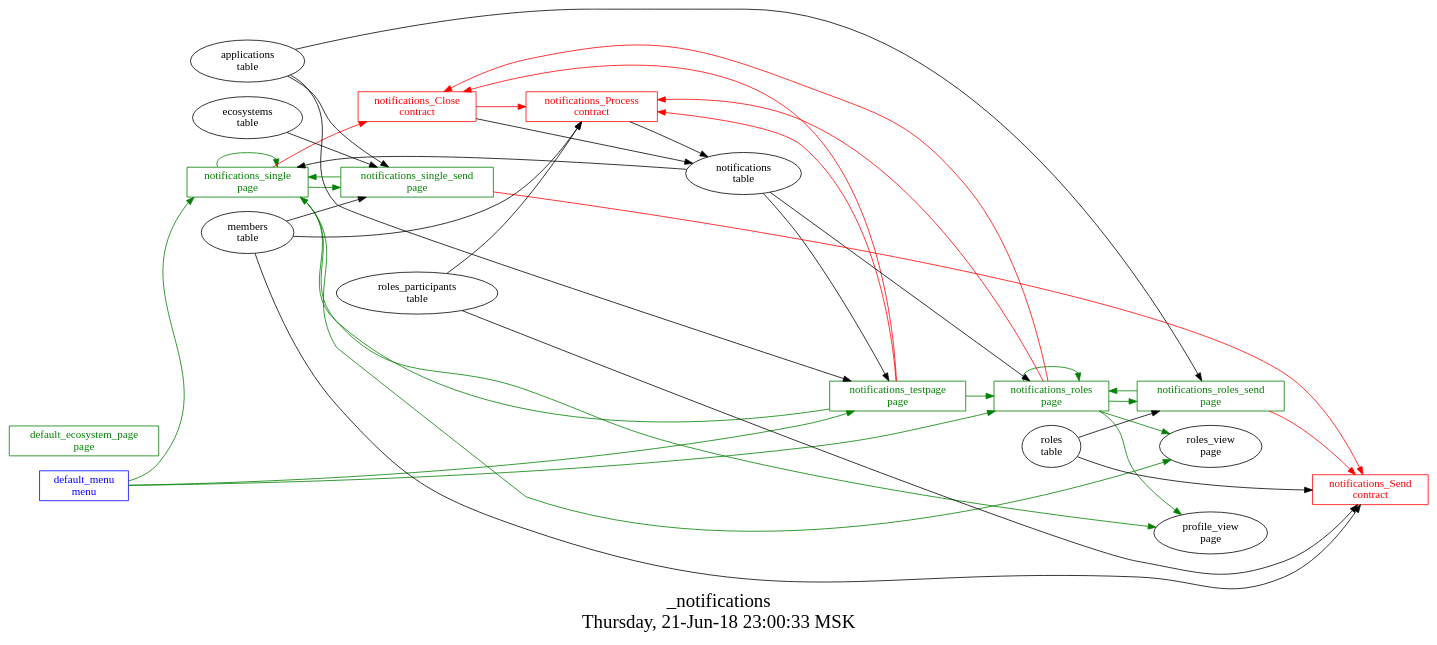
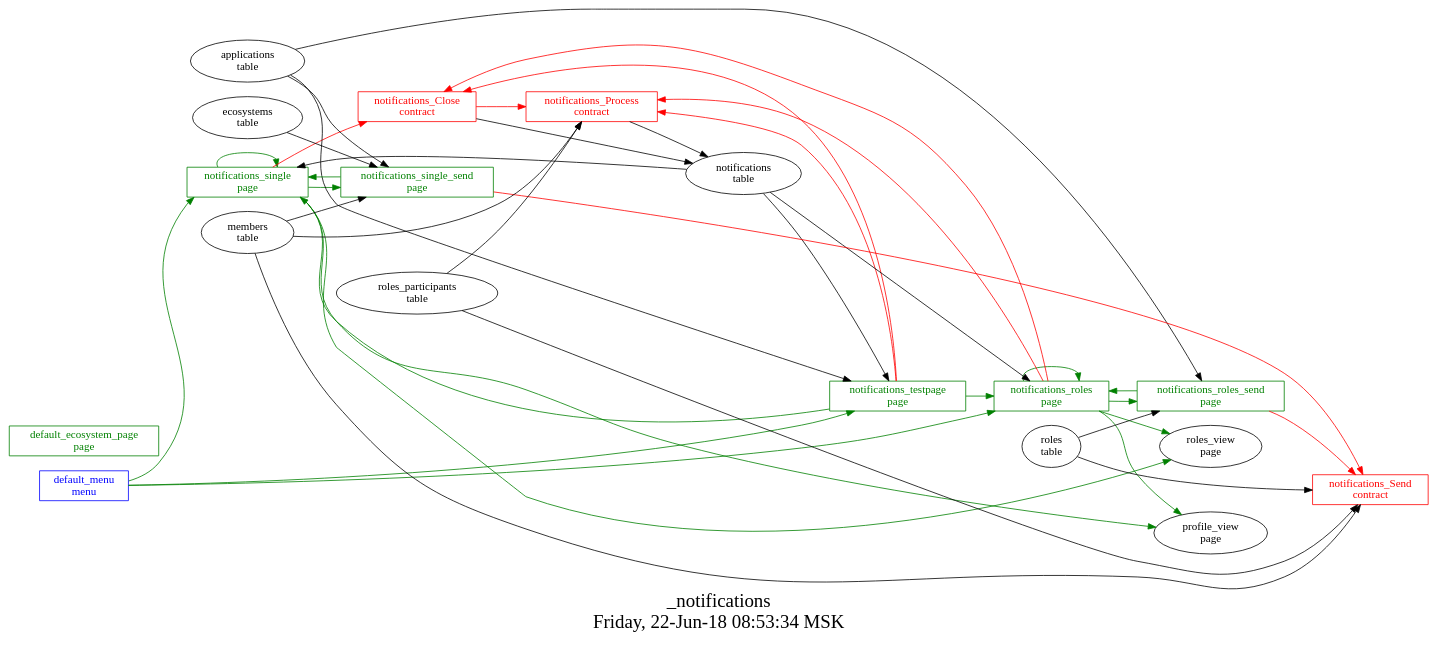
One commit to AplaProject/apps changed the diagram in src/_notifications/struct.dot. Above: the diagram before and after it, drawn with Graphviz. The commit also changed 7 other files, not shown here.

```diff
--- a/src/_notifications/struct.dot
+++ b/src/_notifications/struct.dot
@@ -1,59 +1,59 @@
 digraph G {
 graph [
   fontsize="24";
-  label="_notifications\nThursday, 21-Jun-18 23:00:33 MSK";
+  label="_notifications\nFriday, 22-Jun-18 08:53:34 MSK";
   nojustify=true;
   ordering=out;
   rankdir=LR;
   size="30";
 ];
 "default_menu\nmenu" -> "notifications_single\npage"  [ color=green ]
 "default_menu\nmenu" -> "notifications_roles\npage"  [ color=green ]
 "default_menu\nmenu" -> "notifications_testpage\npage"  [ color=green ]
 "default_menu\nmenu" [color=blue, fontcolor=blue, group=menus, shape=record];
 "default_ecosystem_page\npage" [color=green, fontcolor=green, group=pages, shape=record];
 "notifications_roles\npage" -> "notifications_Process\ncontract"  [ color=red ]
 "notifications_roles\npage" -> "notifications_Close\ncontract"  [ color=red ]
 "notifications\ntable" -> "notifications_roles\npage"
 "notifications_roles\npage" -> "notifications_roles_send\npage"  [ color=green ]
 "notifications_roles\npage" -> "roles_view\npage"  [ color=green ]
 "notifications_roles\npage" -> "profile_view\npage"  [ color=green ]
 "notifications_roles\npage" -> "notifications_roles\npage"  [ color=green ]
 "notifications_roles\npage" [color=green, fontcolor=green, group=pages, shape=record];
 "notifications_roles_send\npage" -> "notifications_Send\ncontract"  [ color=red ]
 "applications\ntable" -> "notifications_roles_send\npage"
 "roles\ntable" -> "notifications_roles_send\npage"
 "notifications_roles_send\npage" -> "notifications_roles\npage"  [ color=green ]
 "notifications_roles_send\npage" [color=green, fontcolor=green, group=pages, shape=record];
 "notifications_single\npage" -> "notifications_Close\ncontract"  [ color=red ]
 "notifications\ntable" -> "notifications_single\npage"
 "notifications_single\npage" -> "notifications_single_send\npage"  [ color=green ]
 "notifications_single\npage" -> "profile_view\npage"  [ color=green ]
 "notifications_single\npage" -> "roles_view\npage"  [ color=green ]
 "notifications_single\npage" -> "notifications_single\npage"  [ color=green ]
 "notifications_single\npage" [color=green, fontcolor=green, group=pages, shape=record];
 "notifications_single_send\npage" -> "notifications_Send\ncontract"  [ color=red ]
 "applications\ntable" -> "notifications_single_send\npage"
 "members\ntable" -> "notifications_single_send\npage"
 "ecosystems\ntable" -> "notifications_single_send\npage"
 "notifications_single_send\npage" -> "notifications_single\npage"  [ color=green ]
 "notifications_single_send\npage" [color=green, fontcolor=green, group=pages, shape=record];
 "notifications_testpage\npage" -> "notifications_Close\ncontract"  [ color=red ]
 "notifications_testpage\npage" -> "notifications_Process\ncontract"  [ color=red ]
 "applications\ntable" -> "notifications_testpage\npage"
 "notifications\ntable" -> "notifications_testpage\npage"
 "notifications_testpage\npage" -> "notifications_single\npage"  [ color=green ]
 "notifications_testpage\npage" -> "notifications_roles\npage"  [ color=green ]
 "notifications_testpage\npage" [color=green, fontcolor=green, group=pages, shape=record];
 "notifications_Close\ncontract" -> "notifications_Process\ncontract"  [ color=red ]
 "notifications_Close\ncontract" -> "notifications\ntable"  [ color="" ]
 "notifications_Close\ncontract" [color=red, fontcolor=red, group=contracts, shape=record];
 "notifications_Process\ncontract" -> "notifications\ntable"  [ color="" ]
 "roles_participants\ntable" -> "notifications_Process\ncontract"
 "members\ntable" -> "notifications_Process\ncontract"
 "notifications_Process\ncontract" [color=red, fontcolor=red, group=contracts, shape=record];
 "members\ntable" -> "notifications_Send\ncontract"
 "roles\ntable" -> "notifications_Send\ncontract"
 "roles_participants\ntable" -> "notifications_Send\ncontract"
 "notifications_Send\ncontract" [color=red, fontcolor=red, group=contracts, shape=record];
 }
```
